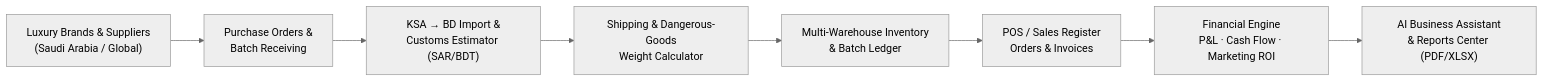
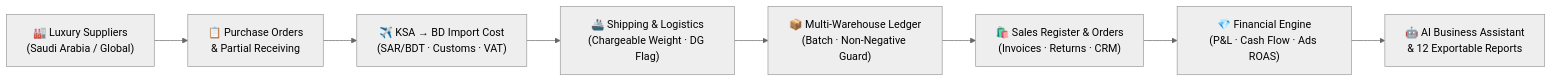
One commit to gitwithmasum/AURORA-BUSINESS-OS changed the diagram in README.md. Above: the diagram before and after it, drawn with Mermaid (neutral theme). The commit also changed other lines of this file and 1 other file, not shown here.

````diff
--- a/README.md
+++ b/README.md
@@ -47,10 +184,10 @@
 ```mermaid
 flowchart LR
-    A["Luxury Brands & Suppliers<br/>(Saudi Arabia / Global)"] --> B["Purchase Orders &<br/>Batch Receiving"]
-    B --> C["KSA → BD Import &<br/>Customs Estimator (SAR/BDT)"]
-    C --> D["Shipping & Dangerous-Goods<br/>Weight Calculator"]
-    D --> E["Multi-Warehouse Inventory<br/>& Batch Ledger"]
-    E --> F["POS / Sales Register<br/>Orders & Invoices"]
-    F --> G["Financial Engine<br/>P&L · Cash Flow · Marketing ROI"]
-    G --> H["AI Business Assistant<br/>& Reports Center (PDF/XLSX)"]
+    S["🏭 Luxury Suppliers<br/>(Saudi Arabia / Global)"] --> PO["📋 Purchase Orders<br/>& Partial Receiving"]
+    PO --> IMP["✈️ KSA → BD Import Cost<br/>(SAR/BDT · Customs · VAT)"]
+    IMP --> SHP["🚢 Shipping & Logistics<br/>(Chargeable Weight · DG Flag)"]
+    SHP --> INV["📦 Multi-Warehouse Ledger<br/>(Batch · Non-Negative Guard)"]
+    INV --> POS["🛍️ Sales Register & Orders<br/>(Invoices · Returns · CRM)"]
+    POS --> FIN["💎 Financial Engine<br/>(P&L · Cash Flow · Ads ROAS)"]
+    FIN --> AI["🤖 AI Business Assistant<br/>& 12 Exportable Reports"]
 ```
````
